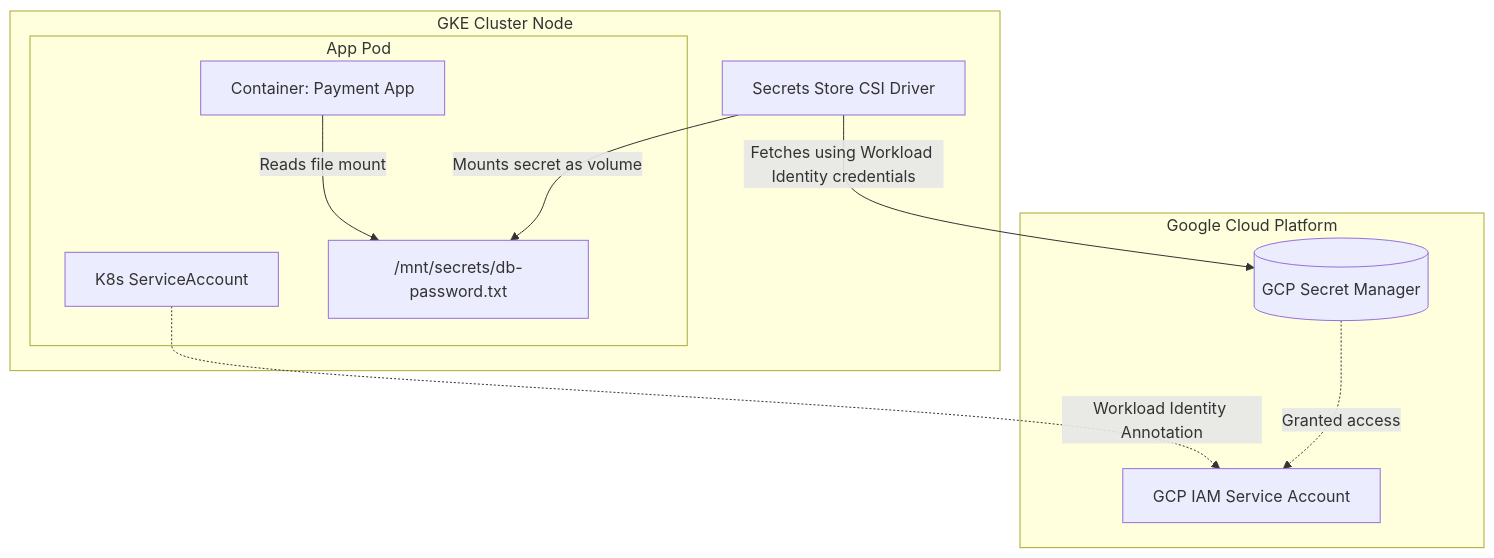
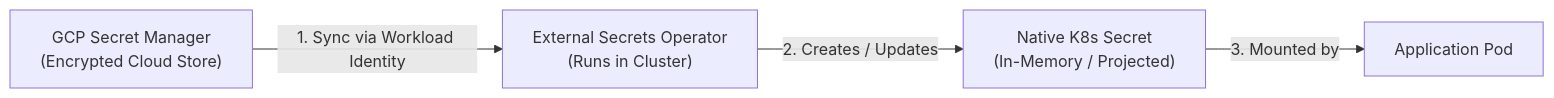
Before and after one commit to Rohit1024/kubernetes: the third of 3 diagrams in docs/lessons/0005-stateless-stateful-secrets-gcp.md, drawn with Mermaid. The commit also changed other lines of this file and 15 other files, not shown here.

Commit message:
refactor: restructure Kubernetes documentation with enhanced diagrams, simplified lesson templates, and a new manifest generator.

````diff
--- a/docs/lessons/0005-stateless-stateful-secrets-gcp.md
+++ b/docs/lessons/0005-stateless-stateful-secrets-gcp.md
@@ -172,19 +110,6 @@
 ```mermaid
-graph TD
-    subgraph Google Cloud Platform
-        SM[("GCP Secret Manager")]
-        GSA["GCP IAM Service Account"]
-        SM -.->|Granted access| GSA
-    end
-    subgraph GKE Cluster Node
-        subgraph Pod ["App Pod"]
-            SA["K8s ServiceAccount"]
-            SA -.->|Workload Identity Annotation| GSA
-            App["Container: Payment App"]
-            App -->|Reads file mount| MountPath["/mnt/secrets/db-password.txt"]
-        end
-        CSI["Secrets Store CSI Driver"]
-        CSI -->|Mounts secret as volume| MountPath
-        CSI -->|Fetches using Workload Identity credentials| SM
-    end
+graph LR
+    GCP["GCP Secret Manager\n(Encrypted Cloud Store)"] -->|1. Sync via Workload Identity| ESO["External Secrets Operator\n(Runs in Cluster)"]
+    ESO -->|2. Creates / Updates| K8sSecret["Native K8s Secret\n(In-Memory / Projected)"]
+    K8sSecret -->|3. Mounted by| AppPod["Application Pod"]
 ```
````
